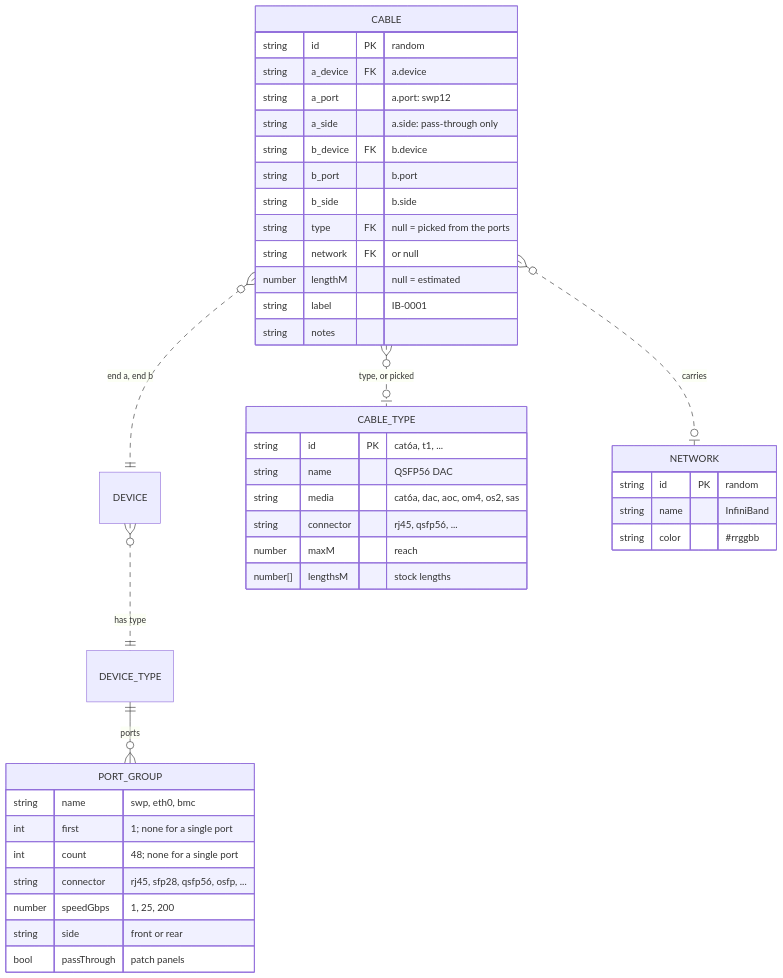
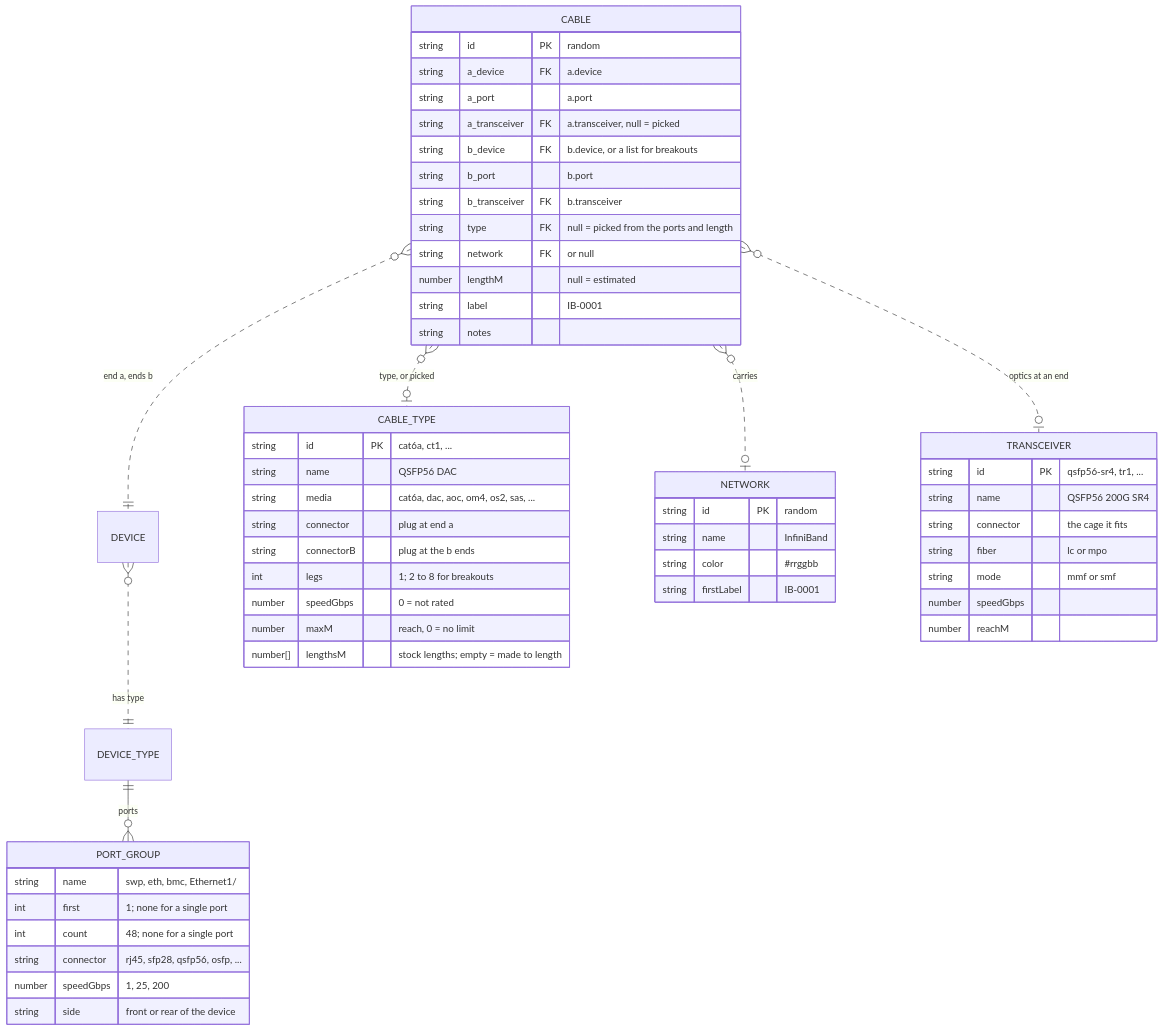
One commit to dennisklein/rackplanner changed the diagram in docs/cabling/README.md. Above: the diagram before and after it, drawn with Mermaid. The commit also changed other lines of this file, not shown here.

````diff
--- a/docs/cabling/README.md
+++ b/docs/cabling/README.md
@@ -37,45 +31,58 @@
 ```mermaid
 erDiagram
     DEVICE_TYPE ||--o{ PORT_GROUP : "ports"
     DEVICE }o..|| DEVICE_TYPE : "has type"
-    CABLE }o..|| DEVICE : "end a, end b"
+    CABLE }o..|| DEVICE : "end a, ends b"
     CABLE }o..o| CABLE_TYPE : "type, or picked"
     CABLE }o..o| NETWORK : "carries"
+    CABLE }o..o| TRANSCEIVER : "optics at an end"
 
     PORT_GROUP {
-        string name "swp, eth0, bmc"
+        string name "swp, eth, bmc, Ethernet1/"
         int first "1; none for a single port"
         int count "48; none for a single port"
         string connector "rj45, sfp28, qsfp56, osfp, ..."
         number speedGbps "1, 25, 200"
-        string side "front or rear"
-        bool passThrough "patch panels"
+        string side "front or rear of the device"
     }
     CABLE {
         string id PK "random"
         string a_device FK "a.device"
-        string a_port "a.port: swp12"
-        string a_side "a.side: pass-through only"
-        string b_device FK "b.device"
+        string a_port "a.port"
+        string a_transceiver FK "a.transceiver, null = picked"
+        string b_device FK "b.device, or a list for breakouts"
         string b_port "b.port"
-        string b_side "b.side"
-        string type FK "null = picked from the ports"
+        string b_transceiver FK "b.transceiver"
+        string type FK "null = picked from the ports and length"
         string network FK "or null"
         number lengthM "null = estimated"
         string label "IB-0001"
         string notes
     }
     CABLE_TYPE {
-        string id PK "cat6a, t1, ..."
+        string id PK "cat6a, ct1, ..."
         string name "QSFP56 DAC"
-        string media "cat6a, dac, aoc, om4, os2, sas"
-        string connector "rj45, qsfp56, ..."
-        number maxM "reach"
-        number[] lengthsM "stock lengths"
+        string media "cat6a, dac, aoc, om4, os2, sas, ..."
+        string connector "plug at end a"
+        string connectorB "plug at the b ends"
+        int legs "1; 2 to 8 for breakouts"
+        number speedGbps "0 = not rated"
+        number maxM "reach, 0 = no limit"
+        number[] lengthsM "stock lengths; empty = made to length"
+    }
+    TRANSCEIVER {
+        string id PK "qsfp56-sr4, tr1, ..."
+        string name "QSFP56 200G SR4"
+        string connector "the cage it fits"
+        string fiber "lc or mpo"
+        string mode "mmf or smf"
+        number speedGbps
+        number reachM
     }
     NETWORK {
         string id PK "random"
         string name "InfiniBand"
         string color "#rrggbb"
+        string firstLabel "IB-0001"
     }
 ```
````
